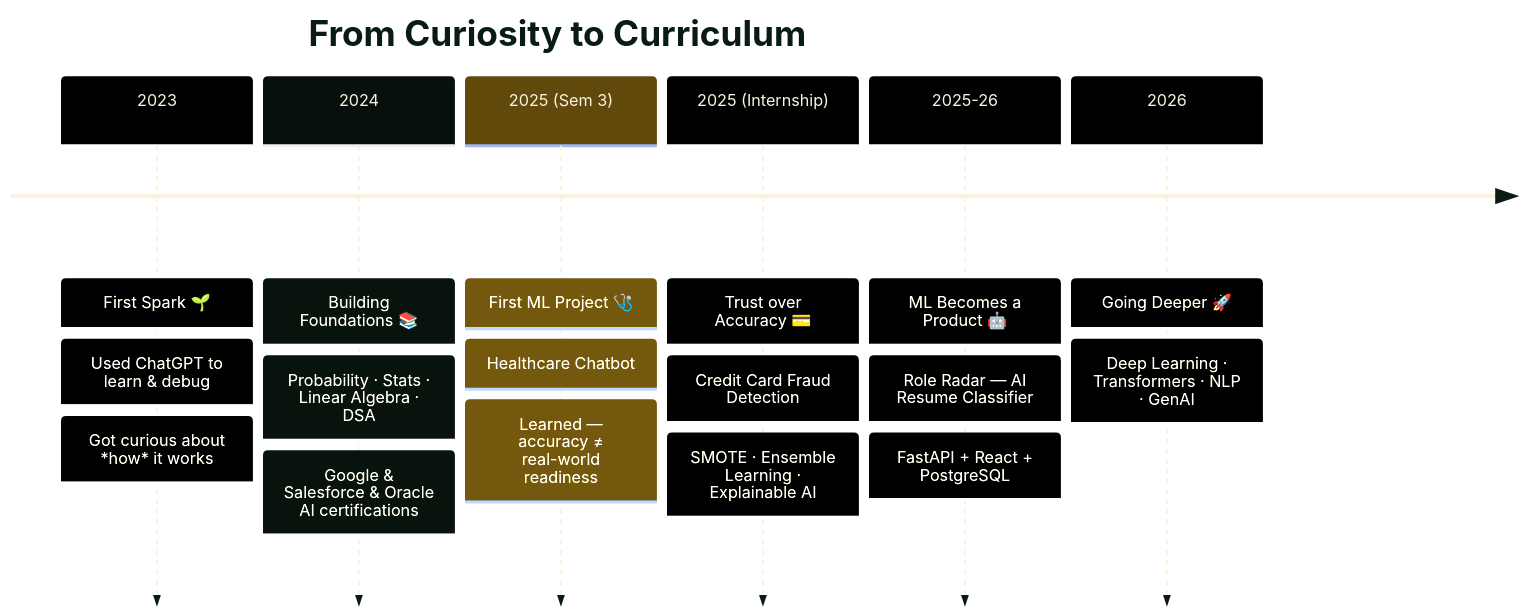
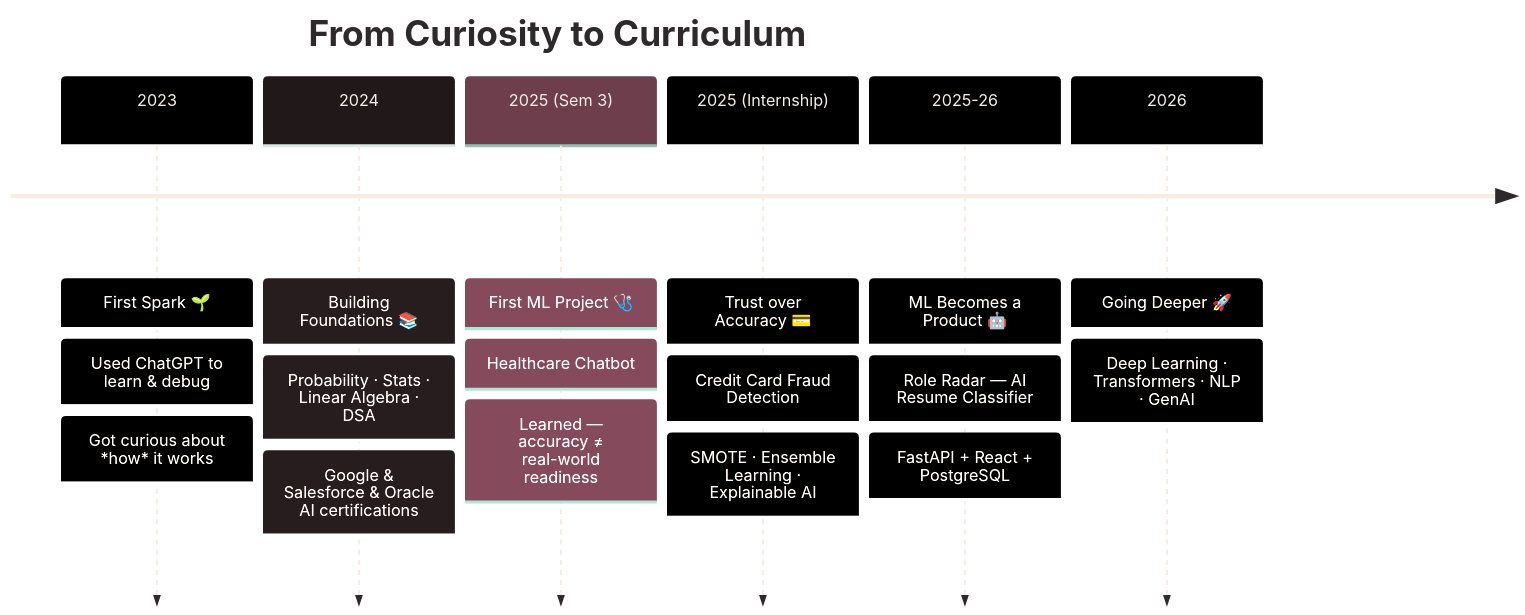
Before and after one commit to ridhima183/ridhima183: the diagram in README.MD, drawn with Mermaid. The commit also changed other lines of this file, not shown here.

````diff
--- a/README.MD
+++ b/README.MD
@@ -53,24 +49,24 @@
 ```mermaid
 %%{init: {
   "theme": "base",
   "themeVariables": {
-    "background": "#FAF3E0",
-    "primaryColor": "#1B4332",
-    "primaryTextColor": "#FAF3E0",
-    "primaryBorderColor": "#081C15",
-    "secondaryColor": "#2D6A4F",
-    "tertiaryColor": "#D4A017",
-    "lineColor": "#52796F",
-    "textColor": "#081C15",
-    "mainBkg": "#1B4332"
+    "background": "#F7EDE7",
+    "primaryColor": "#2E2A2B",
+    "primaryTextColor": "#F7EDE7",
+    "primaryBorderColor": "#2E2A2B",
+    "secondaryColor": "#6B4E52",
+    "tertiaryColor": "#B4788A",
+    "lineColor": "#8C6469",
+    "textColor": "#2E2A2B",
+    "mainBkg": "#2E2A2B"
   }
 }}%%
 timeline
     title From Curiosity to Curriculum
     2023 : First Spark 🌱 : Used ChatGPT to learn & debug : Got curious about *how* it works
     2024 : Building Foundations 📚 : Probability · Stats · Linear Algebra · DSA : Google & Salesforce & Oracle AI certifications
     2025 (Sem 3) : First ML Project 🩺 : Healthcare Chatbot : Learned — accuracy ≠ real-world readiness
     2025 (Internship) : Trust over Accuracy 💳 : Credit Card Fraud Detection : SMOTE · Ensemble Learning · Explainable AI
     2025-26 : ML Becomes a Product 🤖 : Role Radar — AI Resume Classifier : FastAPI + React + PostgreSQL
     2026 : Going Deeper 🚀 : Deep Learning · Transformers · NLP · GenAI
 ```
````
